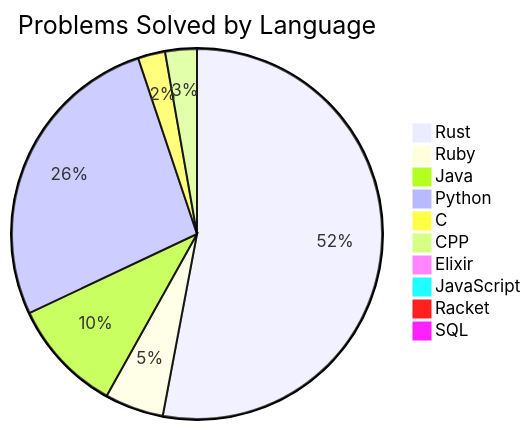
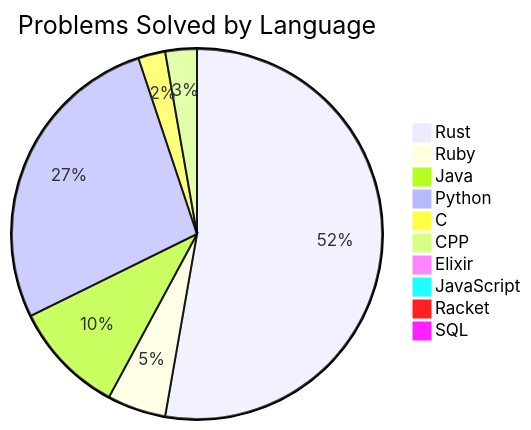
The diagram in README.md (Liam-Wirth/leetcode-solutions), drawn with Mermaid before and after one commit. The commit also changed other lines of this file and 4 other files, not shown here.

````diff
--- a/README.md
+++ b/README.md
@@ -29,13 +29,13 @@
 ```mermaid
 pie title Problems Solved by Language
     "Rust": 134
     "Ruby": 13
     "Java": 25
-    "Python": 68
+    "Python": 69
     "C": 6
     "CPP": 7
     "Elixir": 1
     "JavaScript": 2
     "Racket": 1
     "SQL": 2
 ```
````
